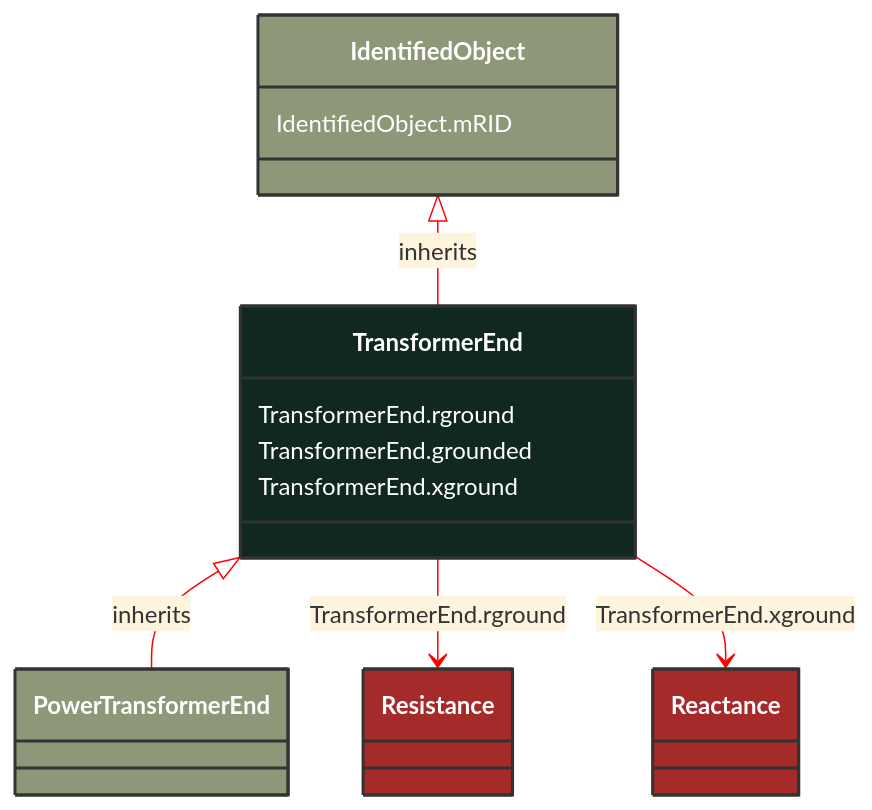
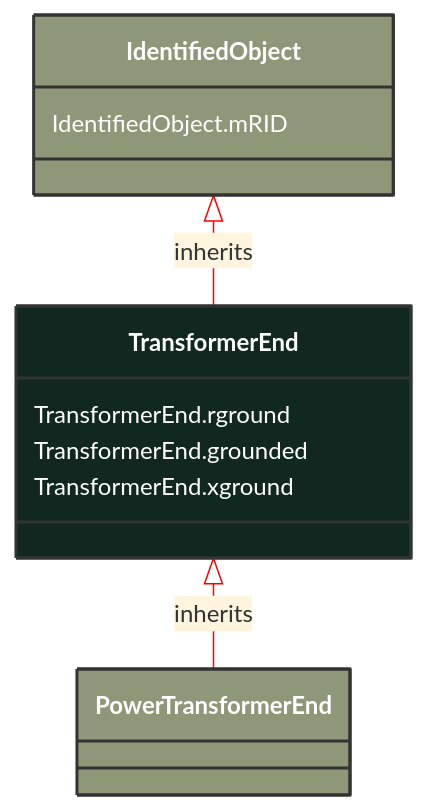
The diagram in docs/Models/Profiles/ShortCircuit/ConcreteClasses/TransformerEnd.md (3lbits/NoCIMExtensions), drawn with Mermaid before and after one commit. The commit also changed 397 other files, not shown here.

First line of the commit message:
Refactor CIM schemas to introduce abstract classes and consolidate data types

````diff
--- a/docs/Models/Profiles/ShortCircuit/ConcreteClasses/TransformerEnd.md
+++ b/docs/Models/Profiles/ShortCircuit/ConcreteClasses/TransformerEnd.md
@@ -8,34 +8,24 @@
 ```mermaid
 %%{init: {'theme':'base','themeVariables': {'lineColor': '#FF0000'}}}%%
 classDiagram
     class TransformerEnd
     click TransformerEnd href "/Models/Profiles/ShortCircuit/ConcreteClasses/TransformerEnd/"
     style TransformerEnd fill:#102820,stroke:#333,stroke-width:2px,rx:10,ry:10,color:white
 
         TransformerEnd <|-- PowerTransformerEnd : inherits
 
         PowerTransformerEnd
             click PowerTransformerEnd href "/Models/Profiles/ShortCircuit/ConcreteClasses/PowerTransformerEnd/"
             style PowerTransformerEnd fill:#8F9779,stroke:#333,stroke-width:2px,rx:10,ry:10,color:white
      
         IdentifiedObject <|-- TransformerEnd : inherits
             click IdentifiedObject href "/Models/Profiles/ShortCircuit/ConcreteClasses/IdentifiedObject/"
             style IdentifiedObject fill:#8F9779,stroke:#333,stroke-width:2px,rx:10,ry:10,color:white
 
-        TransformerEnd --> Resistance : TransformerEnd.rground
-
-        Resistance
-            click Resistance href "/Models/Profiles/ShortCircuit/ConcreteClasses/Resistance/"
-            style Resistance fill:#A52A2A,stroke:#333,stroke-width:2px,rx:10,ry:10,color:white
-        TransformerEnd --> Reactance : TransformerEnd.xground
-
-        Reactance
-            click Reactance href "/Models/Profiles/ShortCircuit/ConcreteClasses/Reactance/"
-            style Reactance fill:#A52A2A,stroke:#333,stroke-width:2px,rx:10,ry:10,color:white
 
 
         TransformerEnd : TransformerEnd.rground
         TransformerEnd : TransformerEnd.grounded
         TransformerEnd : TransformerEnd.xground
         IdentifiedObject : IdentifiedObject.mRID
 ```
````
